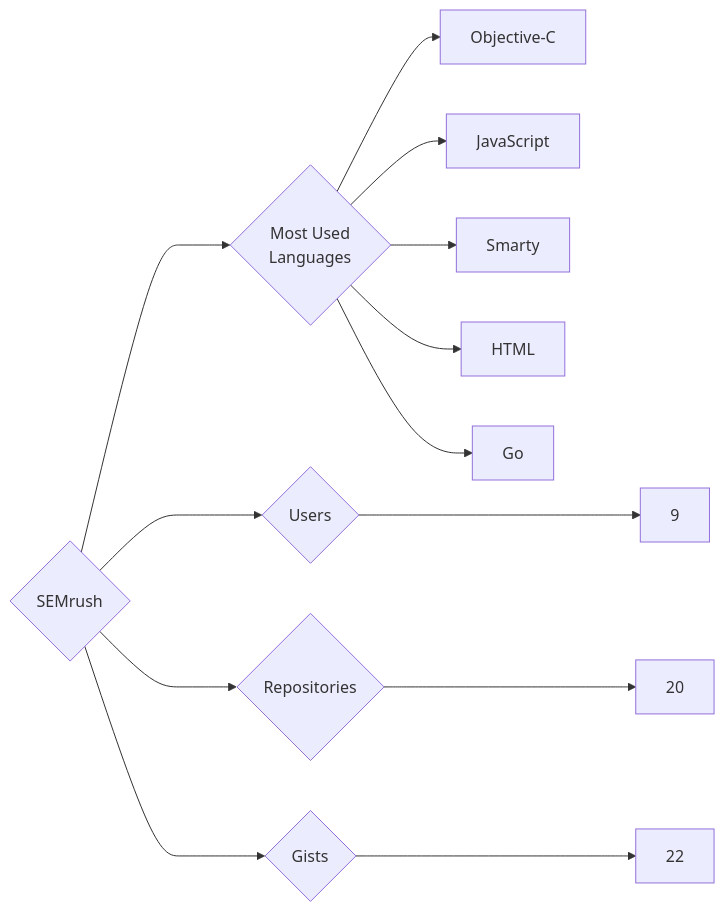
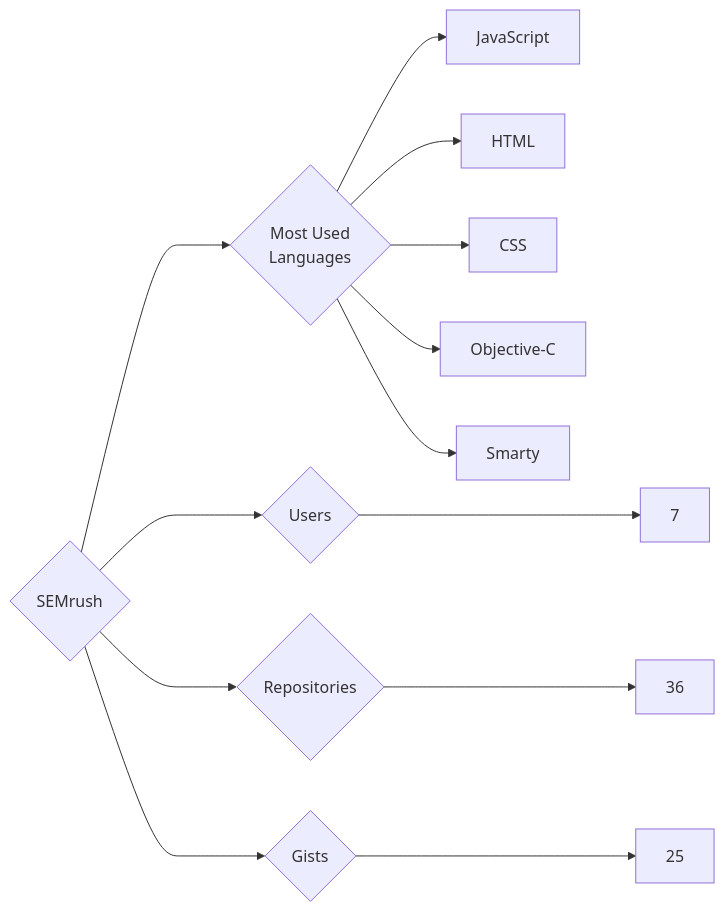
Before and after one commit to trickest/insiders: the diagram in targets/SEMrush/README.md, drawn with Mermaid. The commit also changed 833 other files, not shown here.

````diff
--- a/targets/SEMrush/README.md
+++ b/targets/SEMrush/README.md
@@ -3,13 +3,13 @@
 ```mermaid
 graph LR
 COMPANY_NAME{SEMrush}
-COMPANY_NAME ---> U{Users} ---> UN[9]
-COMPANY_NAME ---> R{Repositories} ---> RN[20]
-COMPANY_NAME ---> G{Gists} ---> GN[22]
+COMPANY_NAME ---> U{Users} ---> UN[7]
+COMPANY_NAME ---> R{Repositories} ---> RN[36]
+COMPANY_NAME ---> G{Gists} ---> GN[25]
 COMPANY_NAME ---> ML{Most Used<br>Languages}
+ML --> JavaScript[JavaScript]
+ML --> HTML[HTML]
+ML --> CSS[CSS]
 ML --> Objective-C[Objective-C]
-ML --> JavaScript[JavaScript]
 ML --> Smarty[Smarty]
-ML --> HTML[HTML]
-ML --> Go[Go]
 ```
````
